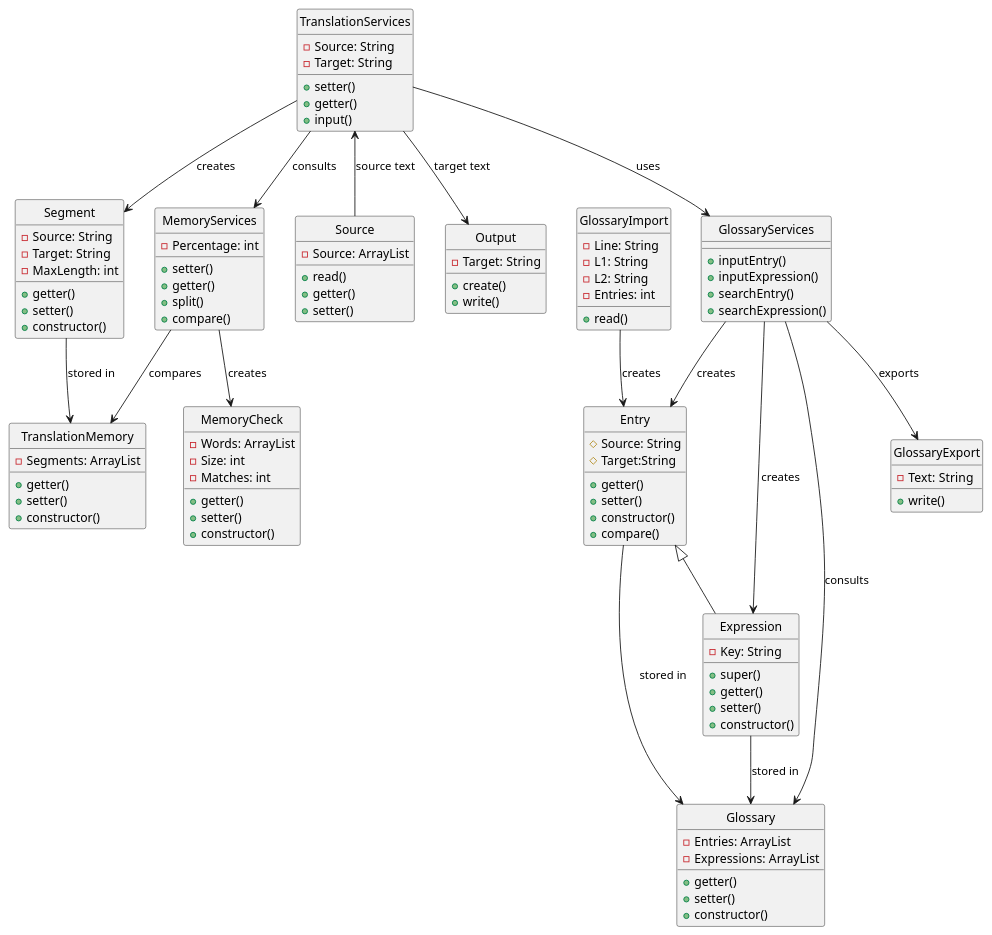
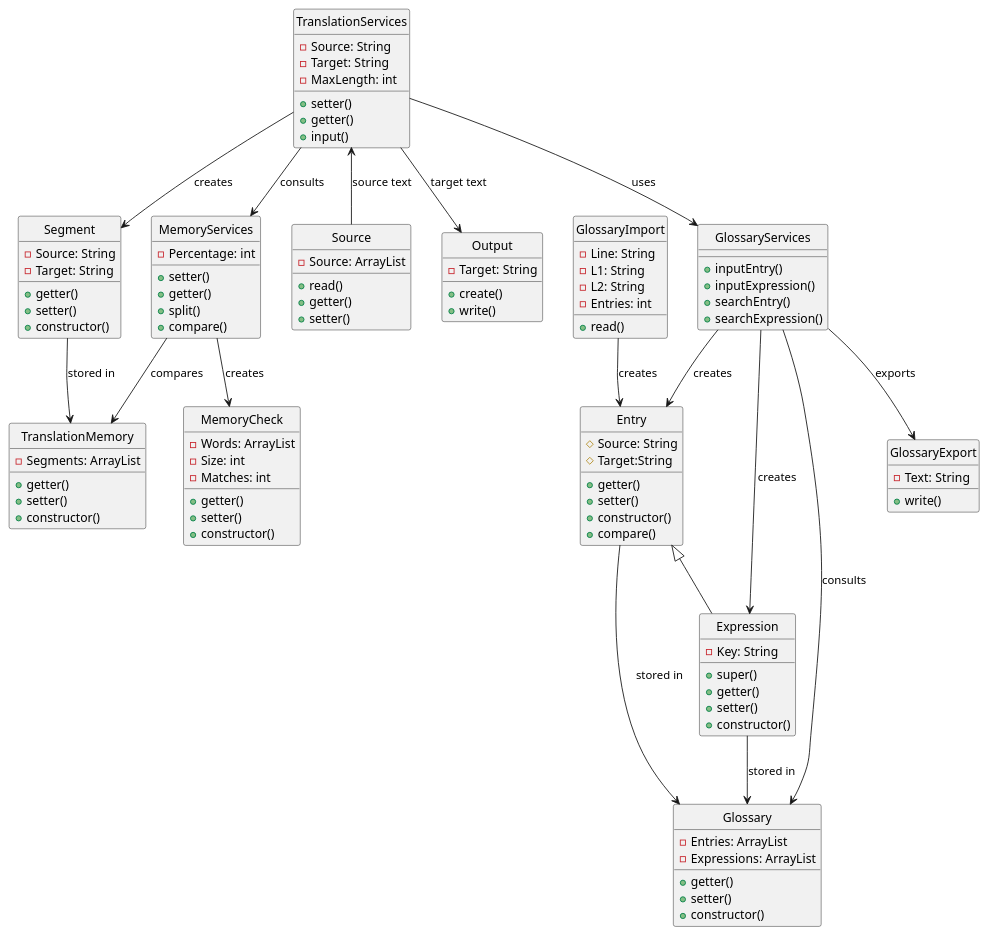
Before and after one commit to emiestevarena/OpenCATe: the diagram in sequence.plantuml, drawn with PlantUML. The commit also changed 2 other files, not shown here.

Commit message:
classes diagram OK

```diff
--- a/sequence.plantuml
+++ b/sequence.plantuml
@@ -1,119 +1,120 @@
 @startuml OpenCATe
 skinparam   Style   strictuml
 skinparam   SequenceMessageAlignment center
 
+
 class Segment{
     -Source: String
     -Target: String
-    -MaxLength: int
     +getter()
     +setter()
     +constructor()
 }
 
 class TranslationMemory{
     -Segments: ArrayList
     +getter()
     +setter()
     +constructor()
 }
 
 class Entry{
     #Source: String 
     #Target:String
     +getter()
     +setter()
     +constructor()
     +compare()
 }
 
 class Expression extends Entry{
     -Key: String
     +super()
     +getter()
     +setter()
     +constructor()
 }
 
 class Glossary{
     -Entries: ArrayList
     -Expressions: ArrayList
     +getter()
     +setter()
     +constructor()
 }
 
 class TranslationServices{
     -Source: String
     -Target: String
+    -MaxLength: int
     +setter()
     +getter()
     +input()
 }
 
 class Source{
     -Source: ArrayList
     +read()
     +getter()
     +setter()
 }
 
 class Output{
     -Target: String
     +create()
     +write()
 }
 
 class GlossaryServices{
     +inputEntry()
     +inputExpression()
     +searchEntry()
     +searchExpression()
 }
 
 class MemoryCheck{
     -Words: ArrayList
     -Size: int
     -Matches: int
     +getter()
     +setter()
     +constructor()
 }
 
 class MemoryServices{
     -Percentage: int
     +setter()
     +getter()
     +split()
     +compare()
 }
 
 class GlossaryImport{
     -Line: String
     -L1: String
     -L2: String
     -Entries: int
     +read()
 }
 
 class GlossaryExport{
     -Text: String
     +write()
 }
 
 Segment --> TranslationMemory :stored in
 Expression --> Glossary :stored in
 Entry --> Glossary :stored in
 TranslationServices--> Segment :creates
 TranslationServices<-- Source: source text
 TranslationServices --> Output: target text
 TranslationServices --> GlossaryServices: uses
 GlossaryServices --> Entry : creates
 GlossaryServices --> Expression: creates
 GlossaryServices --> Glossary: consults
 TranslationServices --> MemoryServices: consults
 MemoryServices --> MemoryCheck: creates
 MemoryServices --> TranslationMemory: compares
 GlossaryImport --> Entry: creates
 GlossaryServices --> GlossaryExport :exports
 @enduml
```
